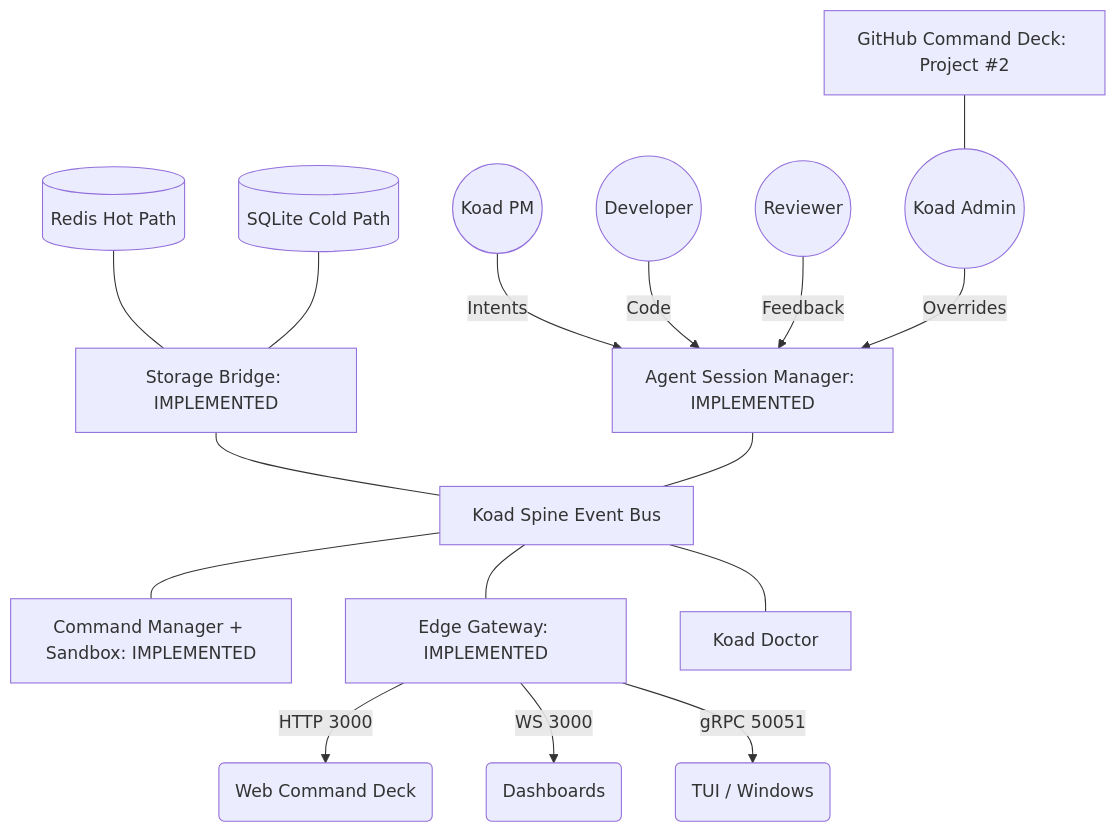
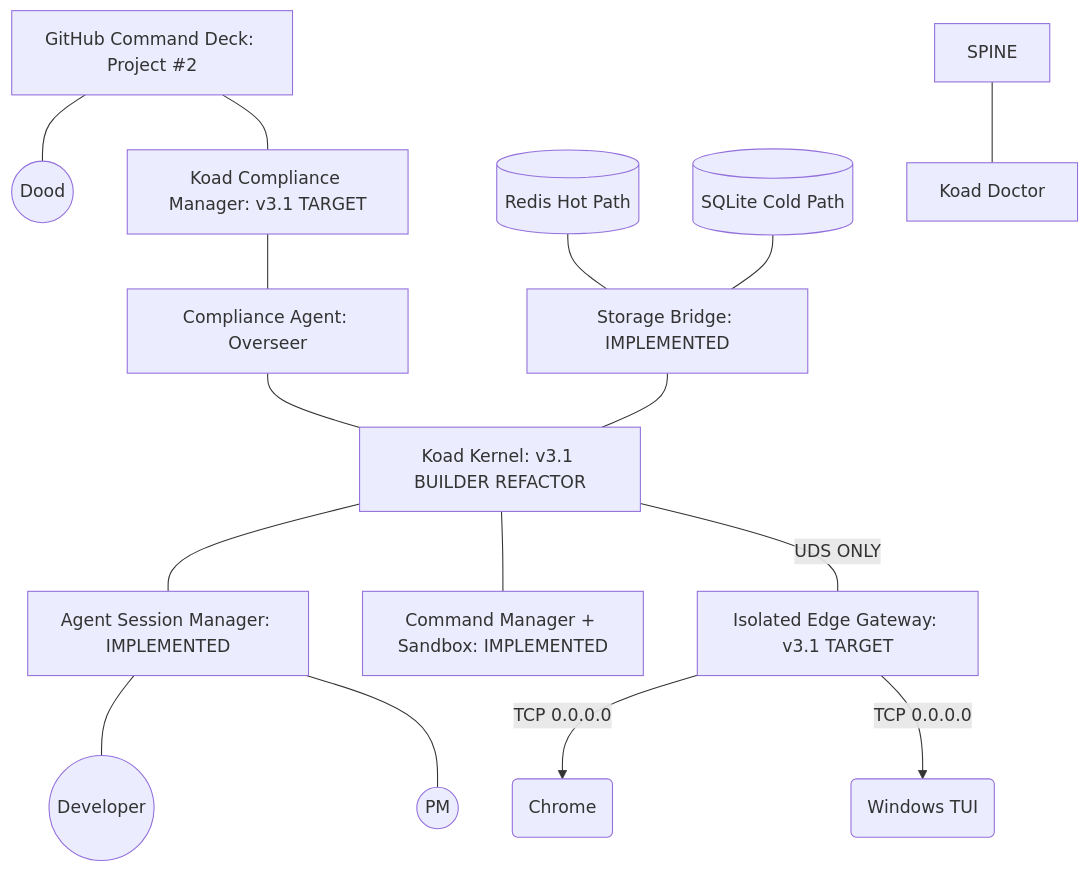
One commit to Fryymann/koad-os changed the diagram in ARCHITECTURE.md. Above: the diagram before and after it, drawn with Mermaid.

Commit message:
docs(v3.1): establish governance layer - KCM and Overseer Agent targets #9 #10

````diff
--- a/ARCHITECTURE.md
+++ b/ARCHITECTURE.md
@@ -10,30 +10,30 @@
 ```mermaid
 graph TD
-    %% Core Memory
-    Redis[(Redis Hot Path)] --- Storage[Storage Bridge: IMPLEMENTED]
-    SQLite[(SQLite Cold Path)] --- Storage
-    Storage --- SPINE[Koad Spine Event Bus]
+    %% Oversight & Governance
+    DECK[GitHub Command Deck: Project #2] --- ADMIN((Dood))
+    DECK --- KCM[Koad Compliance Manager: v3.1 TARGET]
+    KCM --- OV[Compliance Agent: Overseer]
+    
+    OV --- KERNEL[Koad Kernel: v3.1 BUILDER REFACTOR]
 
-    %% Agent Layer (Subscribers/Publishers)
-    PM((Koad PM)) -->|Intents| ASM[Agent Session Manager: IMPLEMENTED]
-    DEV((Developer)) -->|Code| ASM
-    REV((Reviewer)) -->|Feedback| ASM
-    ADMIN((Koad Admin)) -->|Overrides| ASM
+    %% Core Memory (Hydrated & Durable)
+    Redis[(Redis Hot Path)] --- SB[Storage Bridge: IMPLEMENTED]
+    SQLite[(SQLite Cold Path)] --- SB
+    SB --- KERNEL[Koad Kernel: v3.1 BUILDER REFACTOR]
+
+    %% Agent Layer (Process Managed)
+    KERNEL --- ASM[Agent Session Manager: IMPLEMENTED]
+    ASM --- DEV((Developer))
+    ASM --- PM((PM))
     
-    %% Oversight Layer
-    DECK[GitHub Command Deck: Project #2] --- ADMIN
+    %% Execution Layer (Fused & Secure)
+    KERNEL --- CM[Command Manager + Sandbox: IMPLEMENTED]
     
-    ASM --- SPINE
-
-    %% Execution Layer
-    SPINE --- CMD[Command Manager + Sandbox: IMPLEMENTED]
-    
-    %% IO Layer
-    SPINE --- EDGE[Edge Gateway: IMPLEMENTED]
-    EDGE -->|HTTP 3000| WebDeck(Web Command Deck)
-    EDGE -->|WS 3000| WSClients(Dashboards)
-    EDGE -->|gRPC 50051| TUIClients(TUI / Windows)
+    %% Isolated I/O (The Air Gap)
+    KERNEL ---|UDS ONLY| EDGE[Isolated Edge Gateway: v3.1 TARGET]
+    EDGE -->|TCP 0.0.0.0| Web(Chrome)
+    EDGE -->|TCP 0.0.0.0| TUI(Windows TUI)
     
     %% Diagnostics
     SPINE --- DOC[Koad Doctor]
 ```
````
